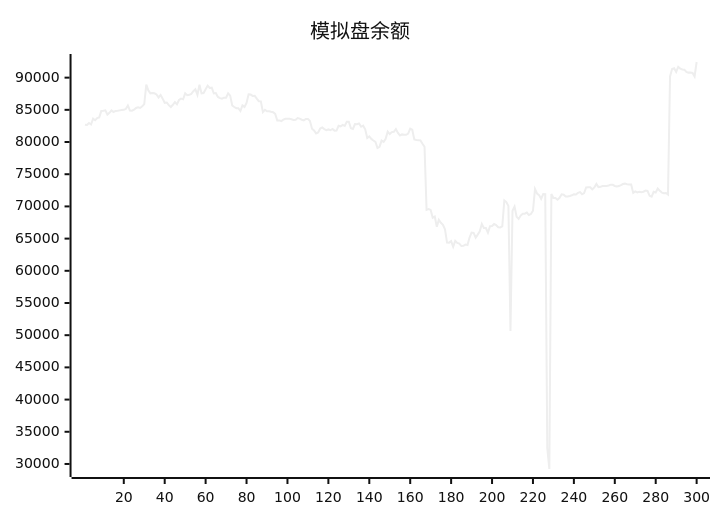
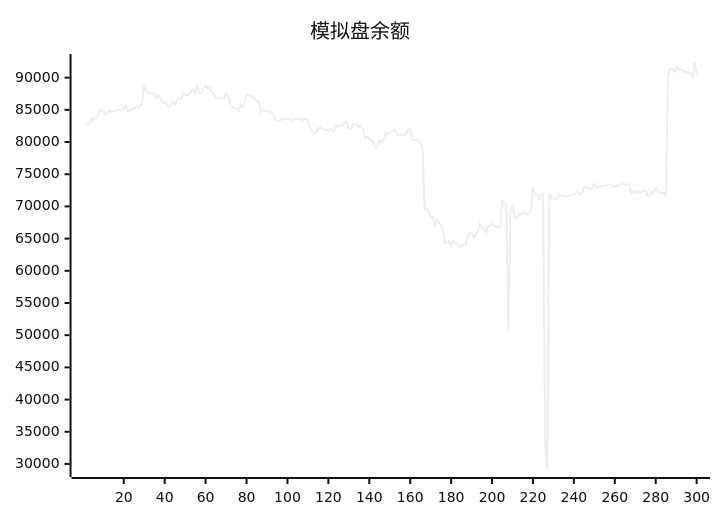
One commit to aahl/ai-trading changed the diagram in README.md. Above: the diagram before and after it, drawn with Mermaid (neutral theme). The commit also changed other lines of this file and 1 other file, not shown here.

````diff
--- a/README.md
+++ b/README.md
@@ -5,5 +5,5 @@
 ```mermaid
 xychart
     title "模拟盘余额"
-    line [82695,82648,82962,82728,83619,83378,83710,83825,84819,84854,84917,84265,84527,84919,84668,84834,84850,84916,84981,85004,85131,85674,84891,84864,85019,85284,85393,85294,85538,85894,88904,88012,87567,87625,87568,87386,86920,87313,86737,86094,86143,85725,85437,85787,86219,85859,86526,86740,86630,87563,87264,87335,87483,87886,88180,87335,88894,87544,87608,88207,88755,88401,88444,87543,87608,87000,86810,86740,86894,86884,87576,87209,85686,85435,85251,85255,84820,85689,85453,86066,87420,87373,87161,87178,86740,86341,86315,84643,85012,84772,84768,84690,84635,84376,83360,83357,83259,83474,83608,83606,83602,83548,83440,83454,83724,83644,83464,83365,83590,83592,83275,82072,81806,81344,81492,82109,82254,82006,81848,81955,81829,82022,81769,81776,82522,82441,82656,82498,83144,83144,82150,82038,82797,82763,82872,82367,82536,81981,80612,80862,80484,80242,80034,79063,79245,80226,80016,80507,81625,81233,81544,81578,82016,81401,81019,81186,81130,81118,81306,82066,81909,80392,80304,80291,80258,79729,79261,69466,69579,69456,68251,68415,66832,67911,67462,67144,66432,64380,64375,64606,63740,64647,64324,64216,63842,63877,64078,64008,65156,65945,65888,65157,65625,66144,67284,66653,66639,65924,66925,66956,67263,67108,66766,66729,66886,70927,70673,70049,50652,69334,69973,68400,68061,68578,68876,68879,69055,68662,68822,69329,72687,71999,71760,71162,71911,71896,32500,29218,71927,71297,71305,71044,71337,71883,71822,71536,71536,71622,71723,71880,71860,72100,72216,71887,72077,72940,72976,72966,72638,72948,73497,73004,73041,73173,73160,73186,73258,73375,73351,73173,73098,73161,73305,73474,73536,73457,73413,73412,72100,72333,72164,72272,72204,72285,72461,72421,71652,71521,72267,72157,72774,72424,72144,72060,72091,71858,90185,91338,91466,90900,91678,91404,91268,91244,90903,90779,90787,90721,90187,92429]
+    line [82648,82962,82728,83619,83378,83710,83825,84819,84854,84917,84265,84527,84919,84668,84834,84850,84916,84981,85004,85131,85674,84891,84864,85019,85284,85393,85294,85538,85894,88904,88012,87567,87625,87568,87386,86920,87313,86737,86094,86143,85725,85437,85787,86219,85859,86526,86740,86630,87563,87264,87335,87483,87886,88180,87335,88894,87544,87608,88207,88755,88401,88444,87543,87608,87000,86810,86740,86894,86884,87576,87209,85686,85435,85251,85255,84820,85689,85453,86066,87420,87373,87161,87178,86740,86341,86315,84643,85012,84772,84768,84690,84635,84376,83360,83357,83259,83474,83608,83606,83602,83548,83440,83454,83724,83644,83464,83365,83590,83592,83275,82072,81806,81344,81492,82109,82254,82006,81848,81955,81829,82022,81769,81776,82522,82441,82656,82498,83144,83144,82150,82038,82797,82763,82872,82367,82536,81981,80612,80862,80484,80242,80034,79063,79245,80226,80016,80507,81625,81233,81544,81578,82016,81401,81019,81186,81130,81118,81306,82066,81909,80392,80304,80291,80258,79729,79261,69466,69579,69456,68251,68415,66832,67911,67462,67144,66432,64380,64375,64606,63740,64647,64324,64216,63842,63877,64078,64008,65156,65945,65888,65157,65625,66144,67284,66653,66639,65924,66925,66956,67263,67108,66766,66729,66886,70927,70673,70049,50652,69334,69973,68400,68061,68578,68876,68879,69055,68662,68822,69329,72687,71999,71760,71162,71911,71896,32500,29218,71927,71297,71305,71044,71337,71883,71822,71536,71536,71622,71723,71880,71860,72100,72216,71887,72077,72940,72976,72966,72638,72948,73497,73004,73041,73173,73160,73186,73258,73375,73351,73173,73098,73161,73305,73474,73536,73457,73413,73412,72100,72333,72164,72272,72204,72285,72461,72421,71652,71521,72267,72157,72774,72424,72144,72060,72091,71858,90185,91338,91466,90900,91678,91404,91268,91244,90903,90779,90787,90721,90187,92429,90518]
 ```
````
